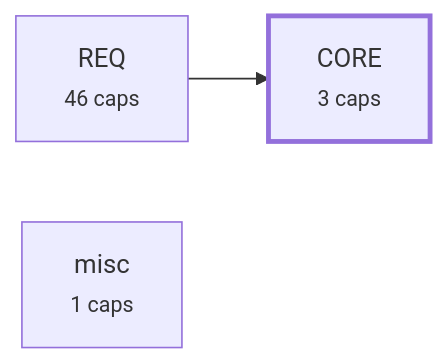
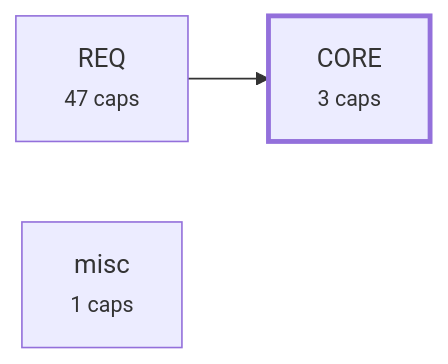
One commit to alxmax/Requirement-manager changed the third of 4 diagrams in plugin/requirements/_map.md. Above: the diagram before and after it, drawn with Mermaid. The commit also changed other lines of this file and 28 other files, not shown here.

````diff
--- a/plugin/requirements/_map.md
+++ b/plugin/requirements/_map.md
@@ -387,8 +394,8 @@
 ```mermaid
 graph LR
   a_CORE["CORE<br><small>3 caps</small>"]
-  a_REQ["REQ<br><small>46 caps</small>"]
+  a_REQ["REQ<br><small>47 caps</small>"]
   a_misc["misc<br><small>1 caps</small>"]
   a_REQ --> a_CORE
   style a_CORE stroke-width:3px
 ```
````
